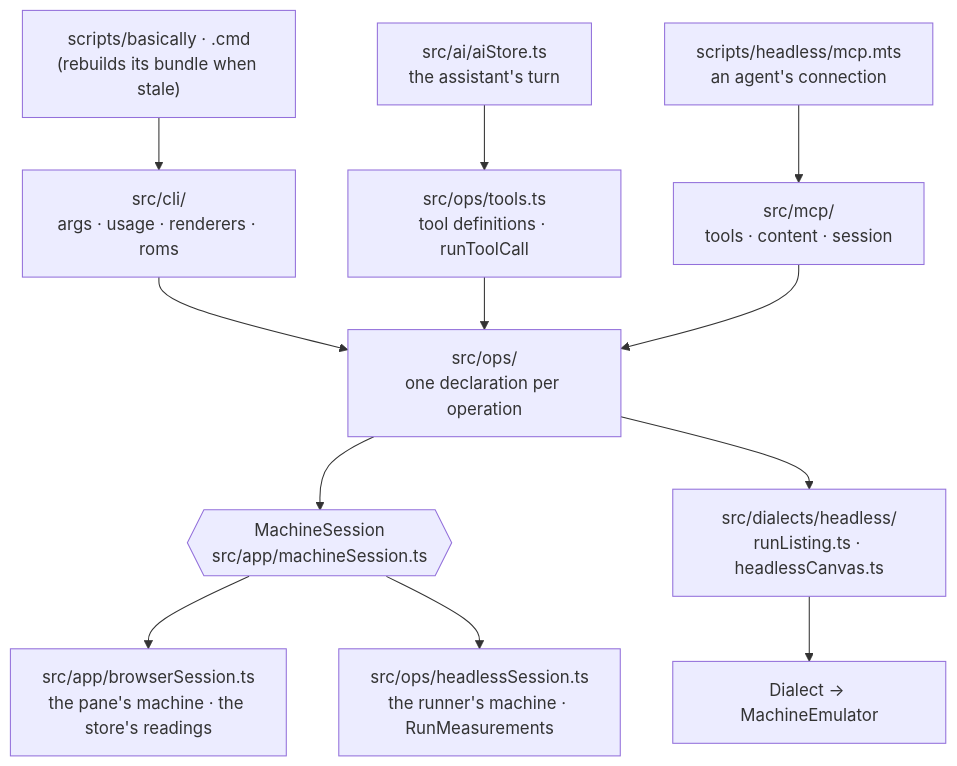
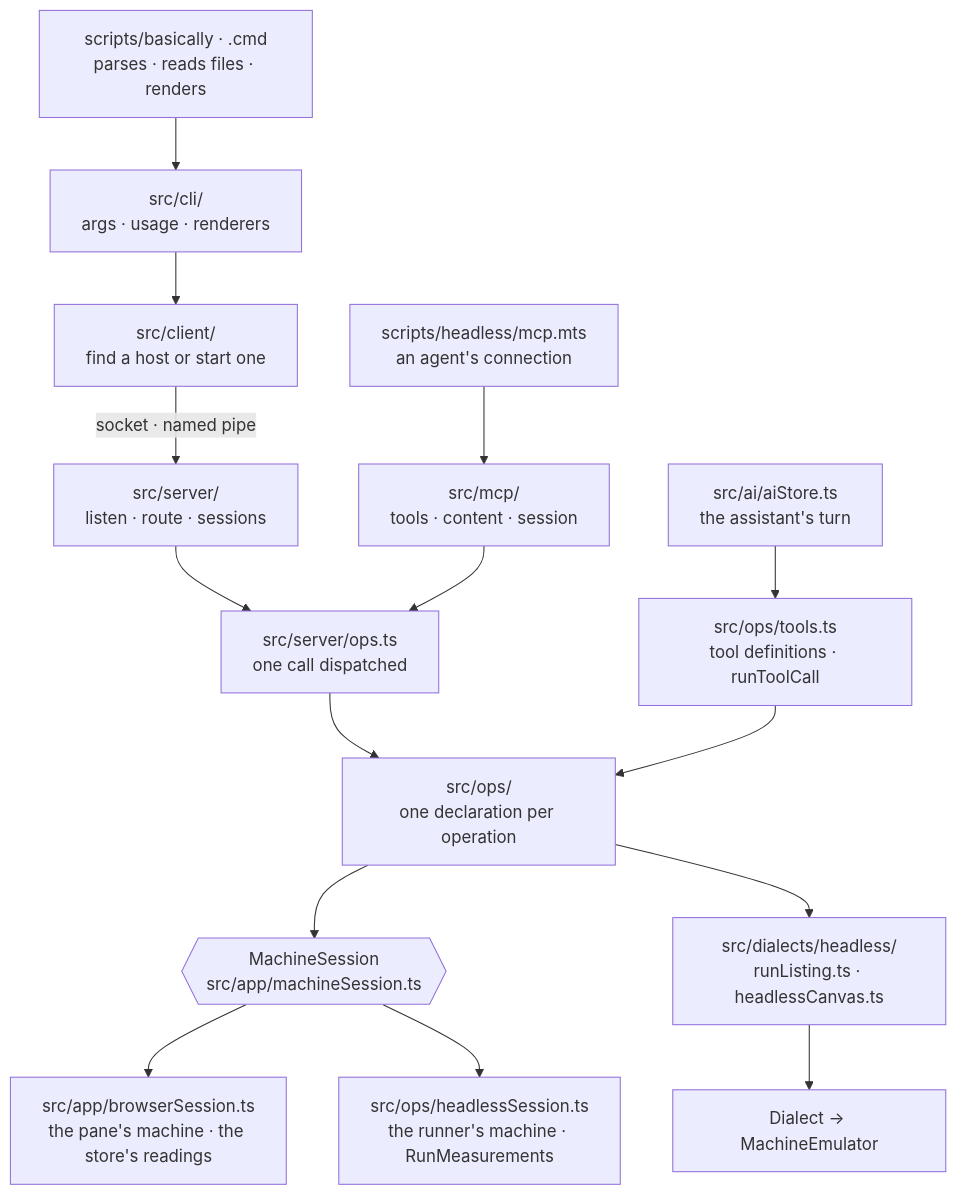
Diagram 12 of 14 in docs/contributing/architecture.md (seanhodges/basically), drawn with Mermaid before and after one commit. The commit also changed other lines of this file and 6 other files, not shown here.

````diff
--- a/docs/contributing/architecture.md
+++ b/docs/contributing/architecture.md
@@ -707,14 +724,17 @@
 ```mermaid
 flowchart TB
-  cli["scripts/basically · .cmd<br/>(rebuilds its bundle when stale)"] --> grammar["src/cli/<br/>args · usage · renderers · roms"]
-  grammar --> ops["src/ops/<br/>one declaration per operation"]
+  cli["scripts/basically · .cmd<br/>parses · reads files · renders"] --> grammar["src/cli/<br/>args · usage · renderers"]
+  grammar --> client["src/client/<br/>find a host or start one"]
+  client -->|"socket · named pipe"| host["src/server/<br/>listen · route · sessions"]
+  host --> dispatch["src/server/ops.ts<br/>one call dispatched"]
+  dispatch --> ops["src/ops/<br/>one declaration per operation"]
   ai["src/ai/aiStore.ts<br/>the assistant's turn"] --> tools["src/ops/tools.ts<br/>tool definitions · runToolCall"]
   tools --> ops
   mcp["scripts/headless/mcp.mts<br/>an agent's connection"] --> mtools["src/mcp/<br/>tools · content · session"]
-  mtools --> ops
+  mtools --> dispatch
   ops --> session{{"MachineSession<br/>src/app/machineSession.ts"}}
   session --> browser["src/app/browserSession.ts<br/>the pane's machine · the store's readings"]
   session --> headless["src/ops/headlessSession.ts<br/>the runner's machine · RunMeasurements"]
   ops --> hl["src/dialects/headless/<br/>runListing.ts · headlessCanvas.ts"]
   hl --> seam["Dialect → MachineEmulator"]
 ```
````
